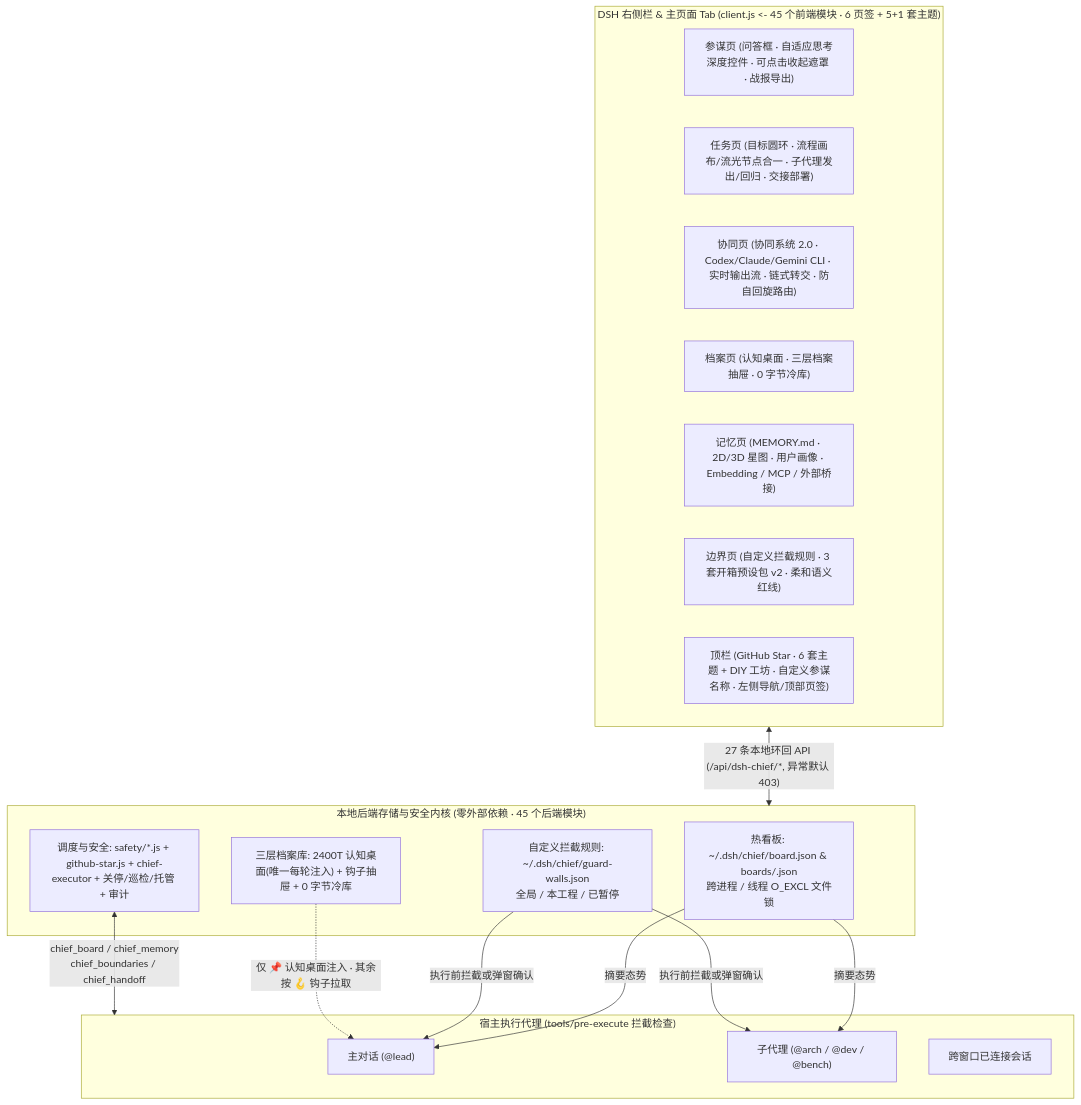
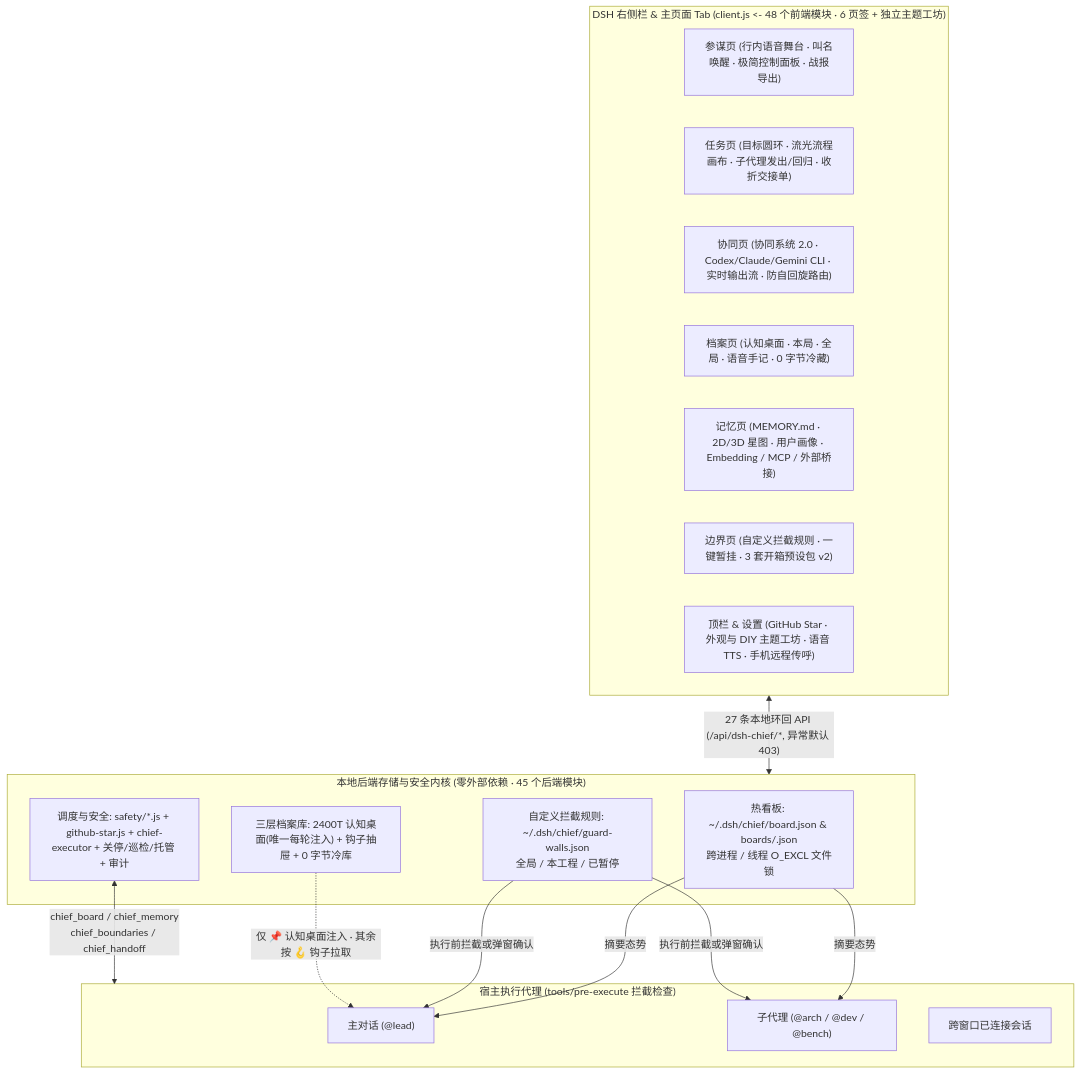
The third of 3 diagrams in README.md (gluztm/dsh-chief), drawn with Mermaid before and after one commit. The commit also changed other lines of this file and 60 other files, not shown here.

````diff
--- a/README.md
+++ b/README.md
@@ -375,33 +387,33 @@
 ```mermaid
 flowchart TB
-  subgraph UI["DSH 右侧栏 & 主页面 Tab (client.js <- 45 个前端模块 · 6 页签 + 5+1 套主题)"]
-    T1["参谋页 (问答框 · 自适应思考深度控件 · 可点击收起遮罩 · 战报导出)"]
-    T2["任务页 (目标圆环 · 流程画布/流光节点合一 · 子代理发出/回归 · 交接部署)"]
-    T3["协同页 (协同系统 2.0 · Codex/Claude/Gemini CLI · 实时输出流 · 链式转交 · 防自回旋路由)"]
-    T5["档案页 (认知桌面 · 三层档案抽屉 · 0 字节冷库)"]
+  subgraph UI["DSH 右侧栏 & 主页面 Tab (client.js <- 48 个前端模块 · 6 页签 + 独立主题工坊)"]
+    T1["参谋页 (行内语音舞台 · 叫名唤醒 · 极简控制面板 · 战报导出)"]
+    T2["任务页 (目标圆环 · 流光流程画布 · 子代理发出/回归 · 收折交接单)"]
+    T3["协同页 (协同系统 2.0 · Codex/Claude/Gemini CLI · 实时输出流 · 防自回旋路由)"]
+    T5["档案页 (认知桌面 · 本局 · 全局 · 语音手记 · 0 字节冷藏)"]
     T6["记忆页 (MEMORY.md · 2D/3D 星图 · 用户画像 · Embedding / MCP / 外部桥接)"]
-    T7["边界页 (自定义拦截规则 · 3 套开箱预设包 v2 · 柔和语义红线)"]
-    T8["顶栏 (GitHub Star · 6 套主题 + DIY 工坊 · 自定义参谋名称 · 左侧导航/顶部页签)"]
+    T7["边界页 (自定义拦截规则 · 一键暂挂 · 3 套开箱预设包 v2)"]
+    T8["顶栏 & 设置 (GitHub Star · 外观与 DIY 主题工坊 · 语音 TTS · 手机远程传呼)"]
   end
 
   subgraph Core["本地后端存储与安全内核 (零外部依赖 · 45 个后端模块)"]
     Hot["热看板: ~/.dsh/chief/board.json & boards/<sid>.json\n跨进程 / 线程 O_EXCL 文件锁"]
     Walls["自定义拦截规则: ~/.dsh/chief/guard-walls.json\n全局 / 本工程 / 已暂停"]
     Cold["三层档案库: 2400T 认知桌面(唯一每轮注入) + 钩子抽屉 + 0 字节冷库"]
     Bus["调度与安全: safety/*.js + github-star.js + chief-executor + 关停/巡检/托管 + 审计"]
   end
 
   subgraph Agents["宿主执行代理 (tools/pre-execute 拦截检查)"]
     Lead["主对话 (@lead)"]
     Subs["子代理 (@arch / @dev / @bench)"]
     Peers["跨窗口已连接会话"]
   end
 
   UI <-->|"27 条本地环回 API (/api/dsh-chief/*, 异常默认 403)"| Core
   Hot -->|"摘要态势"| Lead
   Hot -->|"摘要态势"| Subs
   Walls -->|"执行前拦截或弹窗确认"| Lead
   Walls -->|"执行前拦截或弹窗确认"| Subs
   Cold -.->|"仅 📌 认知桌面注入 · 其余按 🪝 钩子拉取"| Lead
   Bus <-->|"chief_board / chief_memory\nchief_boundaries / chief_handoff"| Agents
 ```
````
